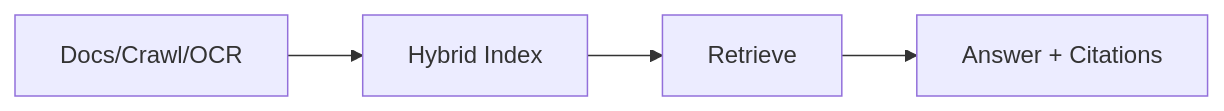
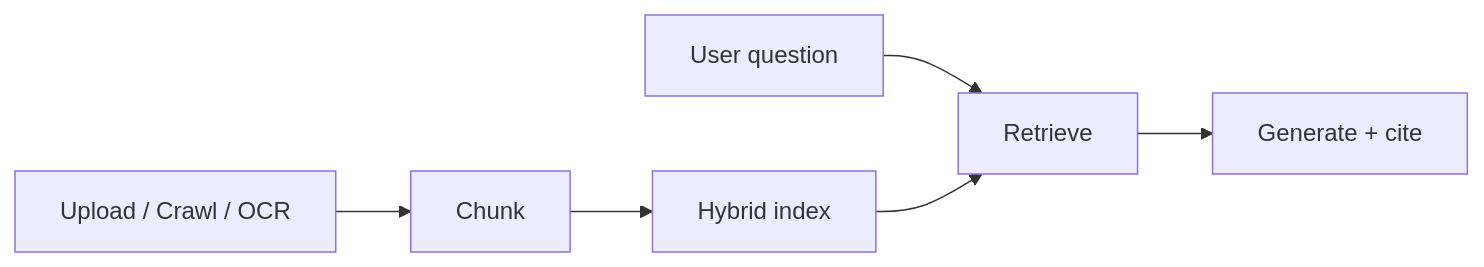
Before and after one commit to qefro-ai/qefro-documentation: the diagram in docs/platform/knowledge-platform.mdx, drawn with Mermaid. The commit also changed other lines of this file and 46 other files, not shown here.

````diff
--- a/docs/platform/knowledge-platform.mdx
+++ b/docs/platform/knowledge-platform.mdx
@@ -37,6 +44,8 @@
 ```mermaid
 flowchart LR
-  Docs[Docs/Crawl/OCR] --> Index[Hybrid Index]
-  Index --> Retrieve[Retrieve]
-  Retrieve --> Cite[Answer + Citations]
+  Upload[Upload / Crawl / OCR] --> Chunk[Chunk]
+  Chunk --> Index[Hybrid index]
+  Query[User question] --> Retrieve[Retrieve]
+  Index --> Retrieve
+  Retrieve --> Gen[Generate + cite]
 ```
````
